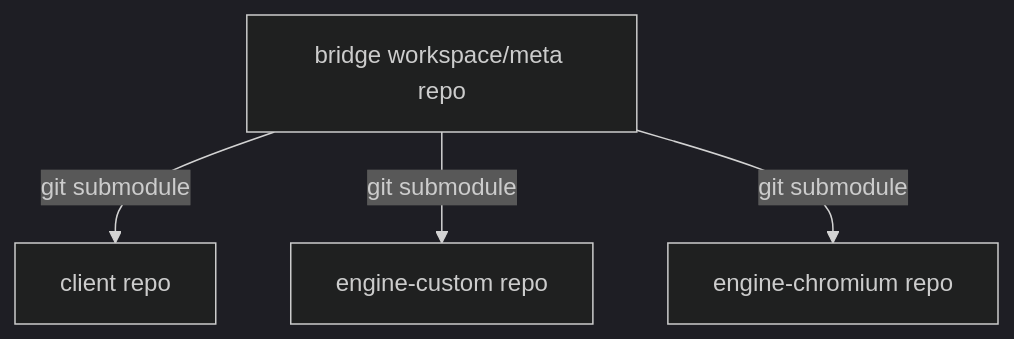
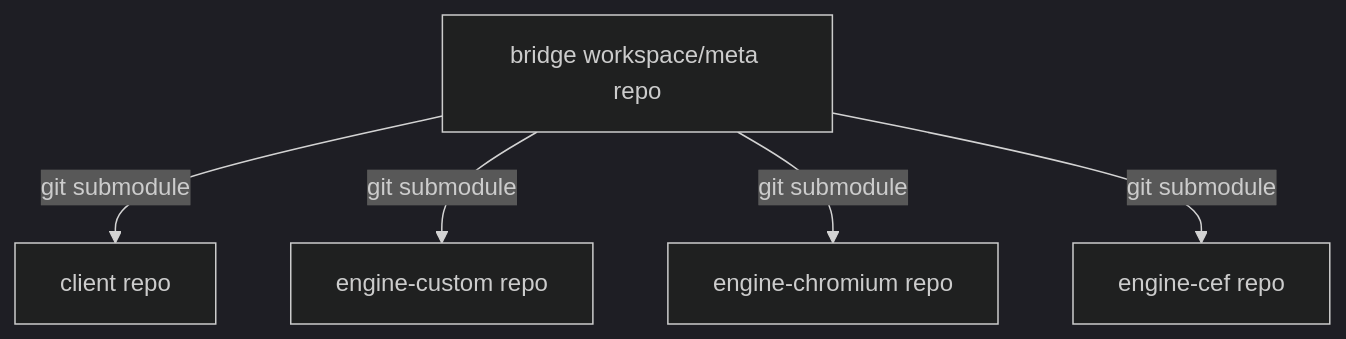
The first of 3 diagrams in GIT.md (dmtomczyk/bridge), drawn with Mermaid (dark theme) before and after one commit. The commit also changed other lines of this file and 6 other files, not shown here.

Commit message:
Track engine-cef as a workspace child repo

````diff
--- a/GIT.md
+++ b/GIT.md
@@ -20,11 +21,13 @@
 ```mermaid
 flowchart TD
     W[bridge workspace/meta repo]
     C[client repo]
     EC[engine-custom repo]
     ECH[engine-chromium repo]
+    ECEF[engine-cef repo]
 
     W -->|git submodule| C
     W -->|git submodule| EC
     W -->|git submodule| ECH
+    W -->|git submodule| ECEF
 ```
````
